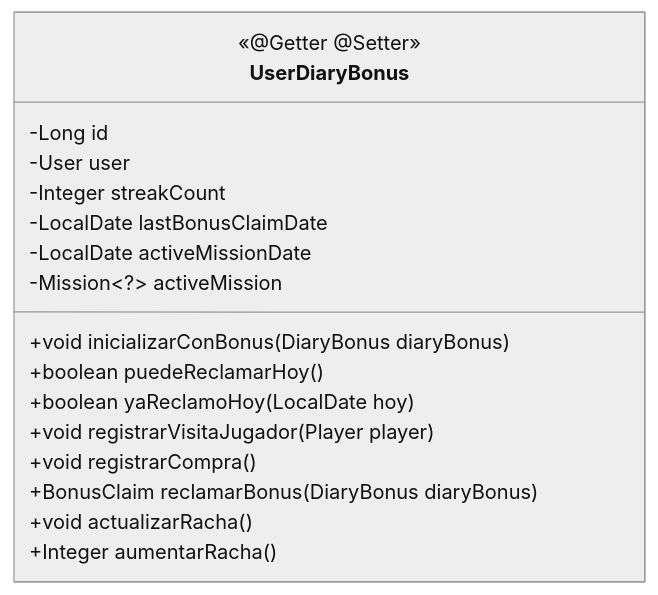
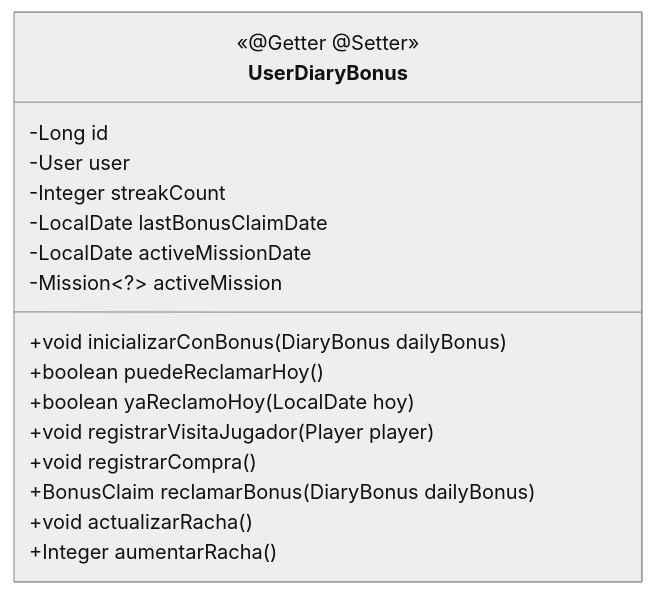
Before and after one commit to Matias-Francisco-Deo/valoracion-mercado-jugadores-de-futbol: the second of 4 diagrams in backend/specs/010-diary-bonus-missions/data-model.md, drawn with Mermaid (neutral theme). The commit also changed other lines of this file and 70 other files, not shown here.

````diff
--- a/backend/specs/010-diary-bonus-missions/data-model.md
+++ b/backend/specs/010-diary-bonus-missions/data-model.md
@@ -70,20 +70,20 @@
 ```mermaid
 classDiagram
     class UserDiaryBonus {
         <<@Getter @Setter>>
         -Long id
         -User user
         -Integer streakCount
         -LocalDate lastBonusClaimDate
         -LocalDate activeMissionDate
         -Mission~?~ activeMission
-        +void inicializarConBonus(DiaryBonus diaryBonus)
+        +void inicializarConBonus(DiaryBonus dailyBonus)
         +boolean puedeReclamarHoy()
         +boolean yaReclamoHoy(LocalDate hoy)
         +void registrarVisitaJugador(Player player)
         +void registrarCompra()
-        +BonusClaim reclamarBonus(DiaryBonus diaryBonus)
+        +BonusClaim reclamarBonus(DiaryBonus dailyBonus)
         +void actualizarRacha()
         +Integer aumentarRacha()
     }
 ```
````
